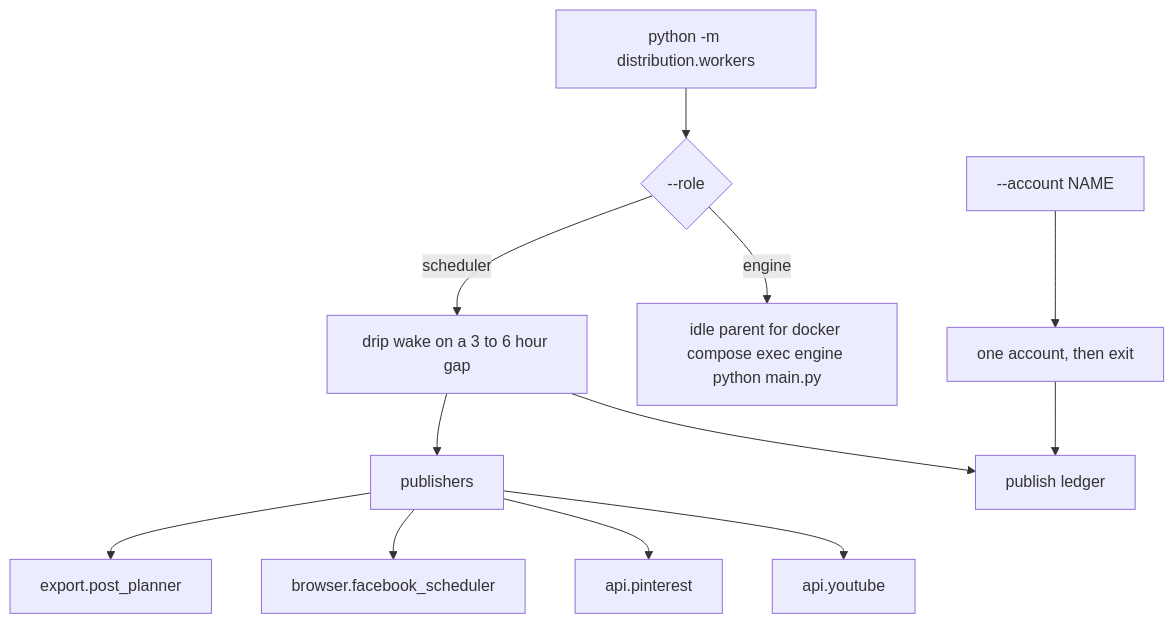
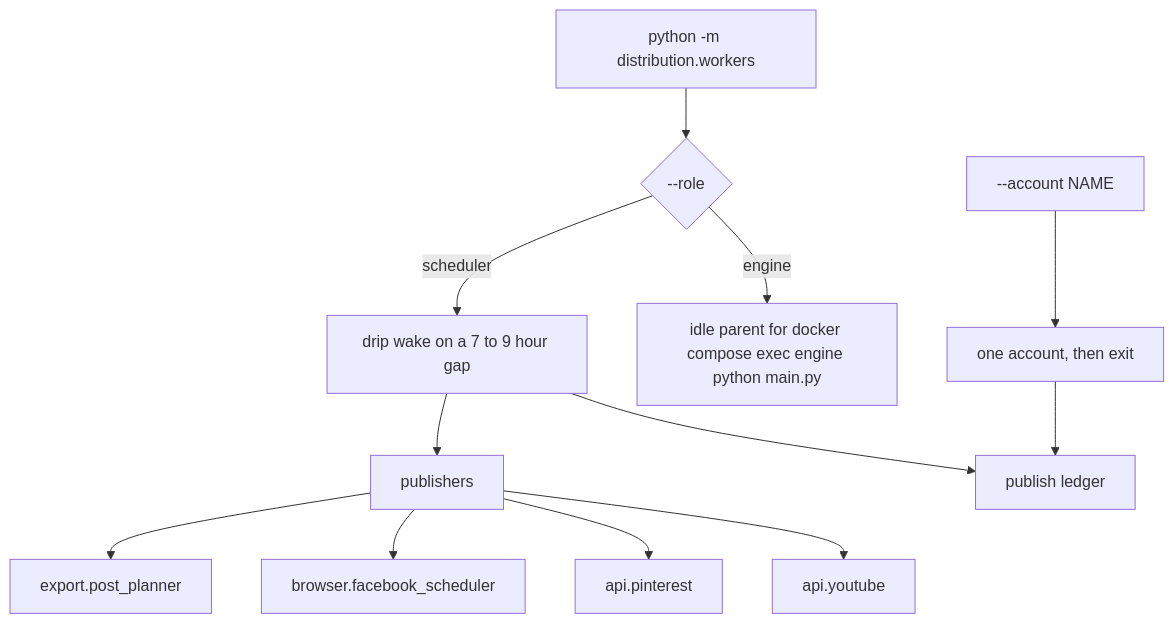
One commit to diogolean/Omni-Engine changed the fifth of 7 diagrams in docs/architecture/diagrams.md. Above: the diagram before and after it, drawn with Mermaid. The commit also changed 5 other files, not shown here.

First line of the commit message:
Correct the scheduler wake to 7–9 hours and record hard-coded channels.

````diff
--- a/docs/architecture/diagrams.md
+++ b/docs/architecture/diagrams.md
@@ -108,14 +108,14 @@
 ```mermaid
 flowchart TD
   entry["python -m distribution.workers"] --> role{--role}
   role -->|engine| idle["idle parent for docker compose exec engine python main.py"]
-  role -->|scheduler| wake[drip wake on a 3 to 6 hour gap]
+  role -->|scheduler| wake[drip wake on a 7 to 9 hour gap]
   wake --> ledger[publish ledger]
   wake --> pubs[publishers]
   pubs --> yt[api.youtube]
   pubs --> pin[api.pinterest]
   pubs --> fb[browser.facebook_scheduler]
   pubs --> exp[export.post_planner]
   acct["--account NAME"] --> one[one account, then exit]
   one --> ledger
 ```
````
